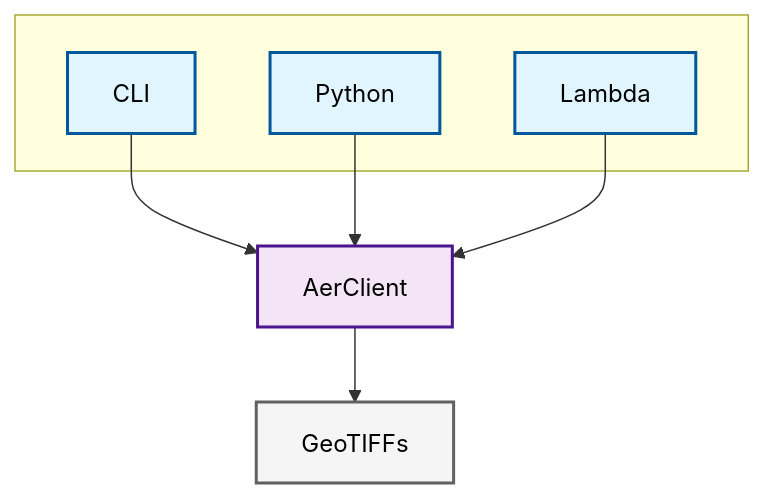
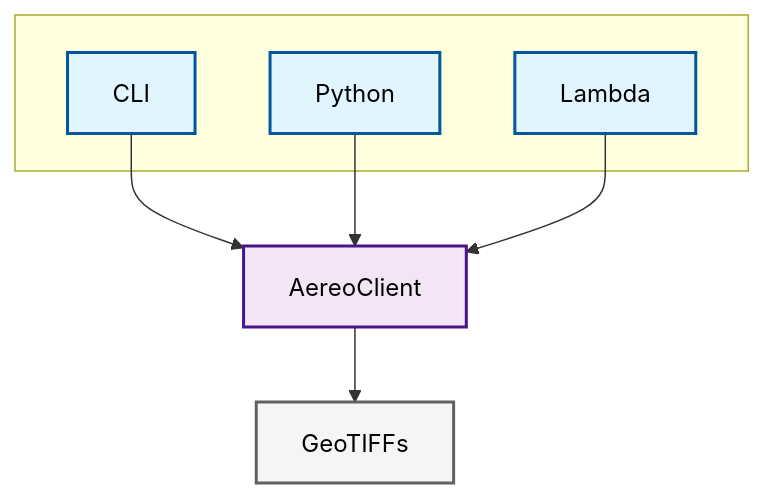
One commit to frandorr/aereo changed the first of 7 diagrams in docs/aer-architecture-visualization.md. Above: the diagram before and after it, drawn with Mermaid. The commit also changed other lines of this file and 17 other files, not shown here.

````diff
--- a/docs/aer-architecture-visualization.md
+++ b/docs/aer-architecture-visualization.md
@@ -13,20 +13,20 @@
 ```mermaid
 flowchart TB
     classDef entry fill:#e1f5ff,stroke:#01579b,stroke-width:2px,color:#000
     classDef core fill:#f3e5f5,stroke:#4a148c,stroke-width:2px,color:#000
     classDef output fill:#f5f5f5,stroke:#616161,stroke-width:2px,color:#000
 
     subgraph IN[" "]
         CLI["CLI"]:::entry
         PY["Python"]:::entry
         LAM["Lambda"]:::entry
     end
 
-    CORE["AerClient"]:::core
+    CORE["AereoClient"]:::core
     OUT["GeoTIFFs"]:::output
 
     CLI --> CORE
     PY --> CORE
     LAM --> CORE
     CORE --> OUT
 ```
````
